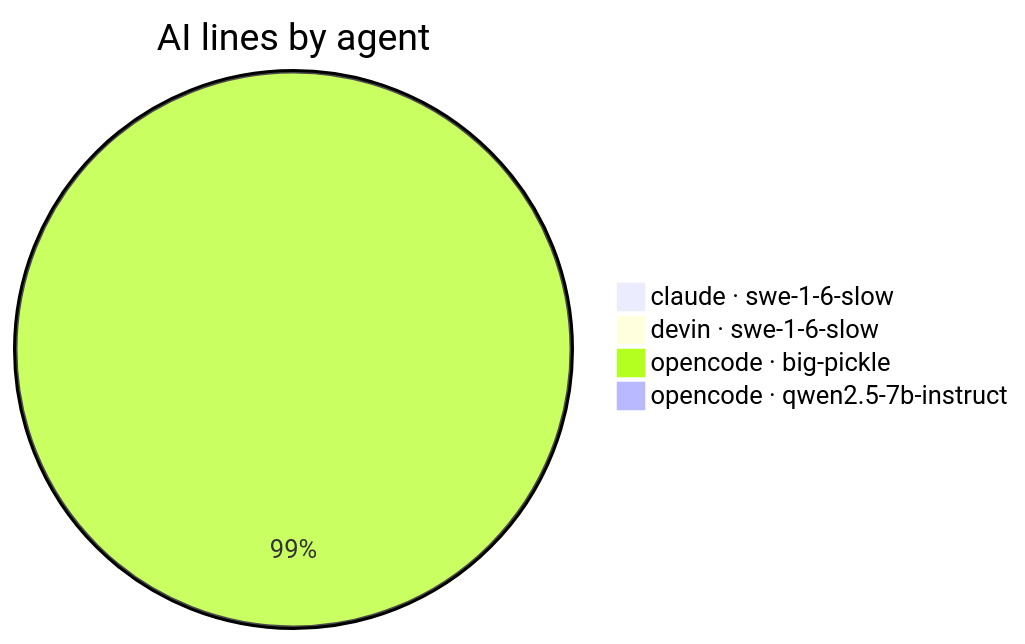
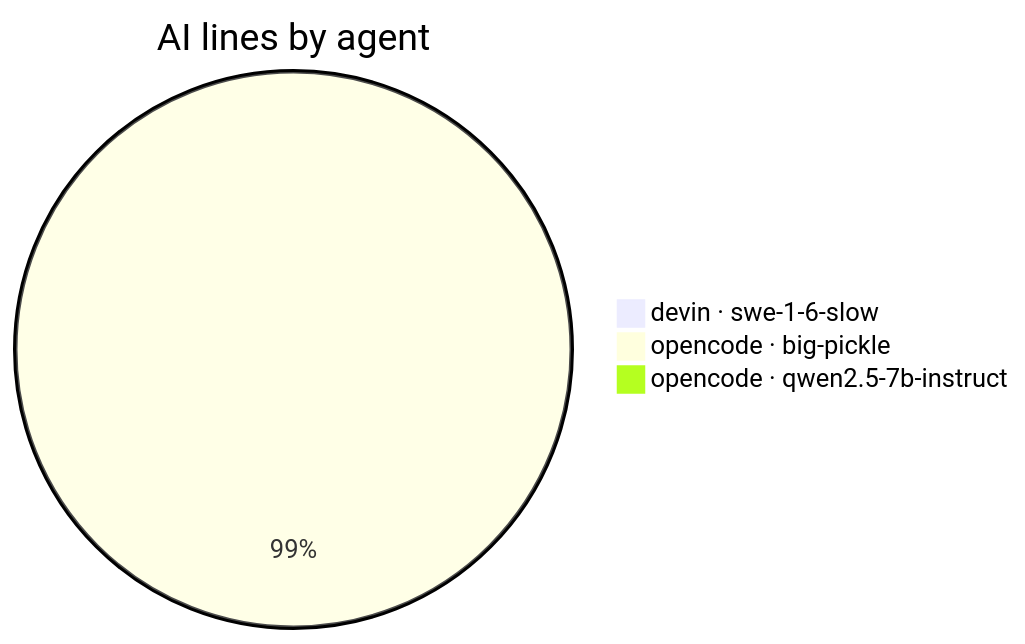
Before and after one commit to CaliMark/game-of-life: the second of 5 diagrams in AI-AUTHORSHIP.md, drawn with Mermaid. The commit also changed other lines of this file and 1 other file, not shown here.

````diff
--- a/AI-AUTHORSHIP.md
+++ b/AI-AUTHORSHIP.md
@@ -33,7 +33,6 @@
 ```mermaid
 pie title AI lines by agent
-    "claude · swe-1-6-slow" : 1
     "devin · swe-1-6-slow" : 1
-    "opencode · big-pickle" : 606
+    "opencode · big-pickle" : 582
     "opencode · qwen2.5-7b-instruct" : 3
 ```
````
